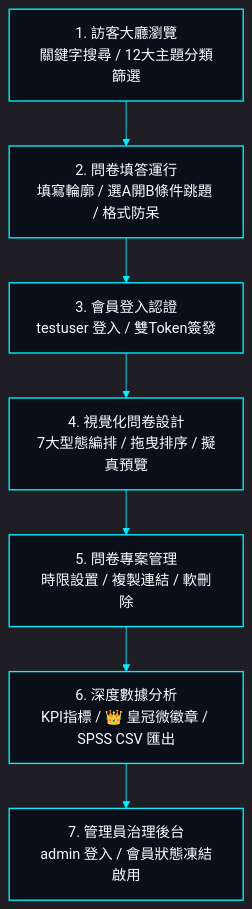
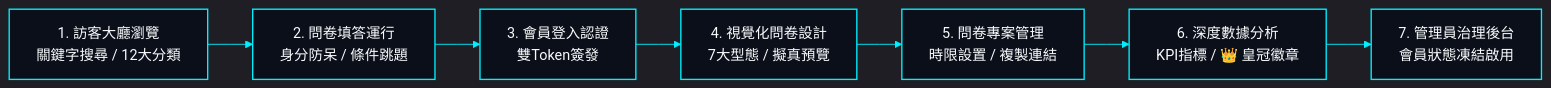
One commit to EricXJason/survey-flow changed the diagram in docs/system-design/11-local-testing.md. Above: the diagram before and after it, drawn with Mermaid. The commit also changed 10 other files, not shown here.

Commit message:
chore(release): unify sci-fi hud mermaid diagrams across all docs

````diff
--- a/docs/system-design/11-local-testing.md
+++ b/docs/system-design/11-local-testing.md
@@ -110,15 +110,15 @@
 ```mermaid
-%%{init: {'theme': 'dark', 'themeVariables': { 'darkMode': true, 'background': '#030712', 'primaryColor': '#0b0f19', 'primaryTextColor': '#f8fafc', 'primaryBorderColor': '#00f0ff', 'lineColor': '#00f0ff', 'edgeLabelBackground': 'transparent' }}}%%
-flowchart TD
+%%{init: {'theme': 'dark', 'themeVariables': { 'darkMode': true, 'background': '#030712', 'primaryColor': '#0b0f19', 'primaryTextColor': '#f8fafc', 'primaryBorderColor': '#00f0ff', 'lineColor': '#00f0ff', 'textColor': '#f8fafc', 'edgeLabelBackground': 'transparent' }, 'themeCSS': '.edgeLabel, .edgeLabel rect, .edgeLabel span, .labelBkg { background: transparent !important; background-color: transparent !important; fill: transparent !important; border: none !important; } .edgeLabel, .edgeLabel span { color: #ffffff !important; fill: #ffffff !important; font-weight: 500 !important; } rect, .node rect, polygon { rx: 0px !important; ry: 0px !important; }', 'flowchart': { 'curve': 'linear' } }}%%
+flowchart LR
     classDef hudCard fill:#0b0f19,stroke:#00f0ff,stroke-width:1.5px,color:#f8fafc,rx:0px,ry:0px;
 
-    Step1["1. 訪客大廳瀏覽<br/>關鍵字搜尋 / 12大主題分類篩選"]:::hudCard
-    Step2["2. 問卷填答運行<br/>填寫輪廓 / 選A開B條件跳題 / 格式防呆"]:::hudCard
-    Step3["3. 會員登入認證<br/>testuser 登入 / 雙Token簽發"]:::hudCard
-    Step4["4. 視覺化問卷設計<br/>7大型態編排 / 拖曳排序 / 擬真預覽"]:::hudCard
-    Step5["5. 問卷專案管理<br/>時限設置 / 複製連結 / 軟刪除"]:::hudCard
-    Step6["6. 深度數據分析<br/>KPI指標 / 👑 皇冠微徽章 / SPSS CSV 匯出"]:::hudCard
-    Step7["7. 管理員治理後台<br/>admin 登入 / 會員狀態凍結啟用"]:::hudCard
+    Step1["1. 訪客大廳瀏覽<br/>關鍵字搜尋 / 12大分類"]:::hudCard
+    Step2["2. 問卷填答運行<br/>身分防呆 / 條件跳題"]:::hudCard
+    Step3["3. 會員登入認證<br/>雙Token簽發"]:::hudCard
+    Step4["4. 視覺化問卷設計<br/>7大型態 / 擬真預覽"]:::hudCard
+    Step5["5. 問卷專案管理<br/>時限設置 / 複製連結"]:::hudCard
+    Step6["6. 深度數據分析<br/>KPI指標 / 👑 皇冠徽章"]:::hudCard
+    Step7["7. 管理員治理後台<br/>會員狀態凍結啟用"]:::hudCard
 
     Step1 --> Step2 --> Step3 --> Step4 --> Step5 --> Step6 --> Step7
 ```
````
